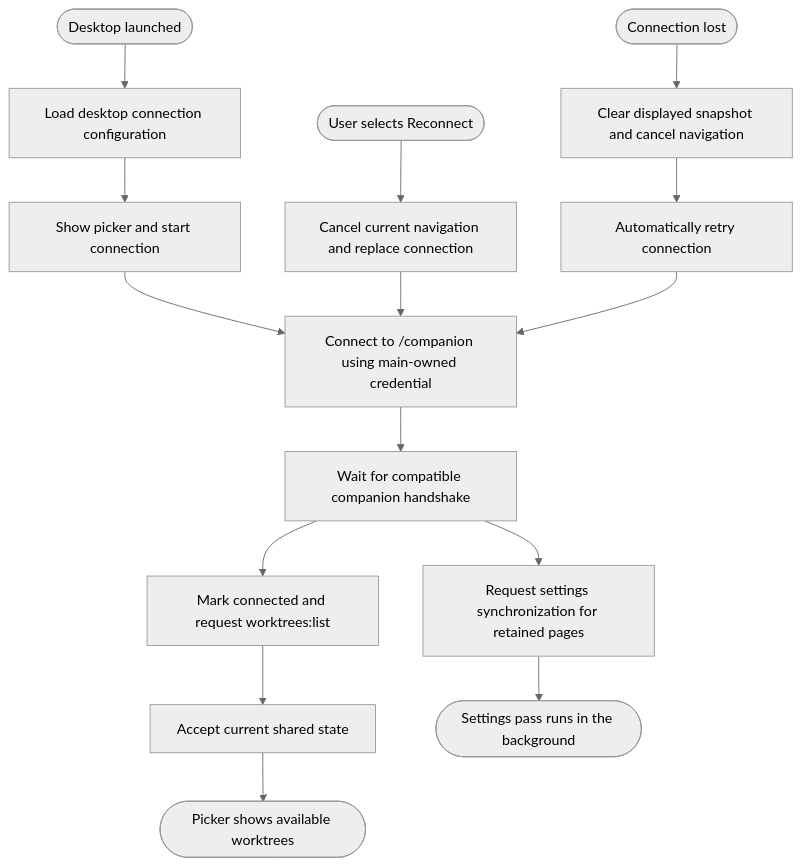
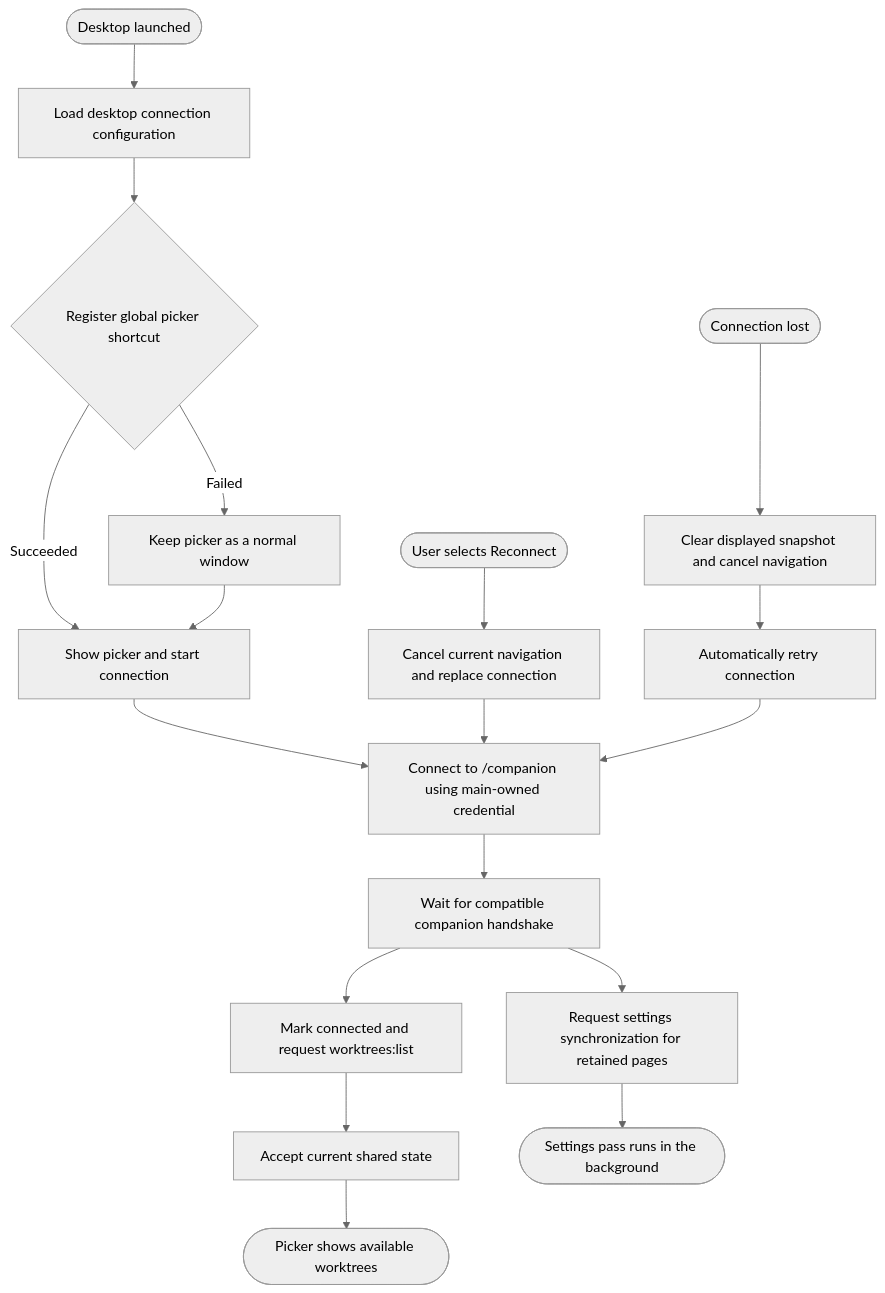
One commit to takeshibaconsuzuki/ade-overlay changed the first of 6 diagrams in workflows/desktop.md. Above: the diagram before and after it, drawn with Mermaid (neutral theme). The commit also changed other lines of this file and 22 other files, not shown here.

Commit message:
Add global worktree picker shortcut and focus restoration

````diff
--- a/workflows/desktop.md
+++ b/workflows/desktop.md
@@ -8,19 +8,22 @@
 ```mermaid
 flowchart TD
     Launch([Desktop launched]) --> Config[Load desktop connection configuration]
-    Config --> Start[Show picker and start connection]
+    Config --> Shortcut{Register global picker shortcut}
+    Shortcut -->|Succeeded| Start[Show picker and start connection]
+    Shortcut -->|Failed| Normal[Keep picker as a normal window]
+    Normal --> Start
     Retry([User selects Reconnect]) --> Reset[Cancel current navigation and replace connection]
     Lost([Connection lost]) --> ResetState[Clear displayed snapshot and cancel navigation]
     ResetState --> Automatic[Automatically retry connection]
     Start --> Connect[Connect to /companion using main-owned credential]
     Reset --> Connect
     Automatic --> Connect
     Connect --> Hello[Wait for compatible companion handshake]
     Hello --> Fetch[Mark connected and request worktrees:list]
     Fetch --> Accept[Accept current shared state]
     Accept --> Ready([Picker shows available worktrees])
     Hello --> Settings[Request settings synchronization for retained pages]
     Settings --> Background([Settings pass runs in the background])
     click Accept "desktop.md#accept-shared-state"
     click Settings "settings.md#schedule-synchronization"
 ```
````
